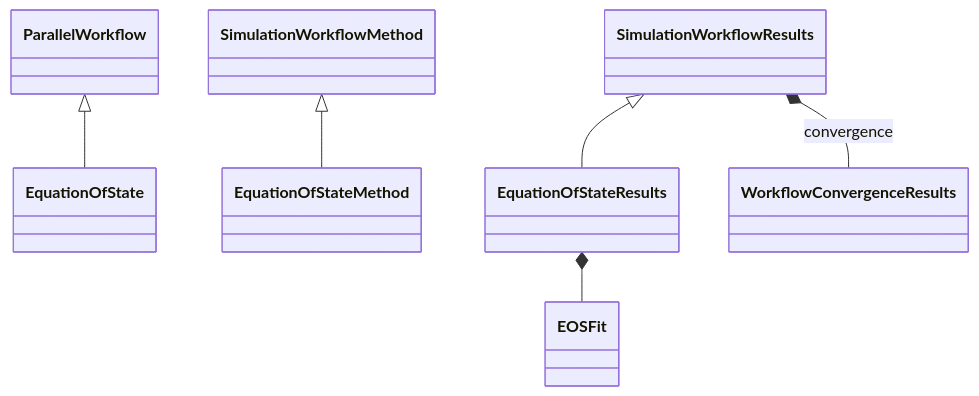
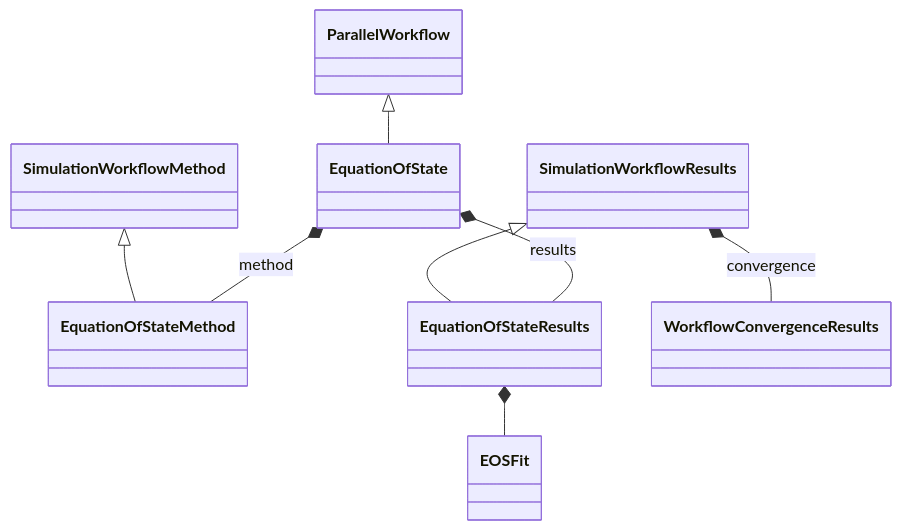
One commit to FAIRmat-NFDI/nomad-simulations changed the diagram in docs/schema/workflow_equation_of_state.diagram.md. Above: the diagram before and after it, drawn with Mermaid. The commit also changed 21 other files, not shown here.

````diff
--- a/docs/schema/workflow_equation_of_state.diagram.md
+++ b/docs/schema/workflow_equation_of_state.diagram.md
@@ -14,24 +14,26 @@
 ```mermaid
 classDiagram
     class EOSFit {
     }
     class EquationOfState {
     }
     class EquationOfStateMethod {
     }
     class EquationOfStateResults {
     }
     class ParallelWorkflow {
     }
     class SimulationWorkflowMethod {
     }
     class SimulationWorkflowResults {
     }
     class WorkflowConvergenceResults {
     }
     ParallelWorkflow <|-- EquationOfState
     SimulationWorkflowMethod <|-- EquationOfStateMethod
     SimulationWorkflowResults <|-- EquationOfStateResults
+    EquationOfState *-- EquationOfStateMethod : method
+    EquationOfState *-- EquationOfStateResults : results
     EquationOfStateResults *-- EOSFit
     SimulationWorkflowResults *-- WorkflowConvergenceResults : convergence
 ```
````
